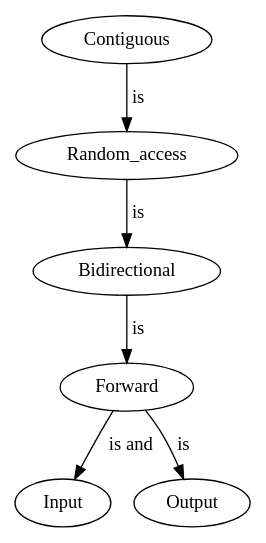
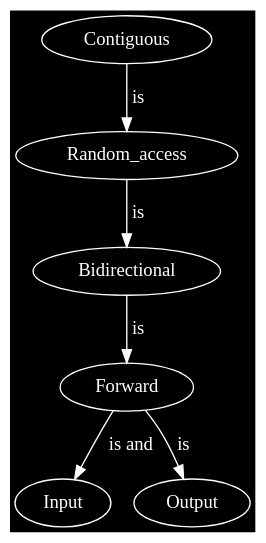
One commit to phiwen96/ph changed the third of 5 diagrams in README.md. Above: the diagram before and after it, drawn with Graphviz. The commit also changed other lines of this file and 4 other files, not shown here.

````diff
--- a/README.md
+++ b/README.md
@@ -95,13 +102,15 @@
 ```graphviz
 digraph finite_state_machine {
-    
+    graph [bgcolor=black]
+	node [fillcolor=black style=filled color=white fontcolor=white]
+	edge [color=white fontcolor=white]
 
     Contiguous  -> Random_access [ label = " is" ];
 	Random_access -> Bidirectional [ label = " is"];
 	Bidirectional -> Forward [ label = " is"];
     Forward  -> Input  [ label = " is and" ];
 	Forward  -> Output  [ label = " is" ];
 
    
 }
 ```
````
